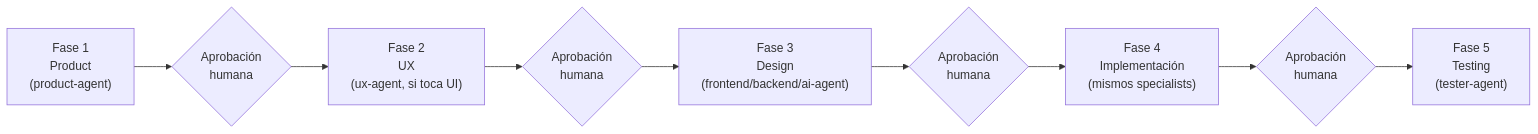
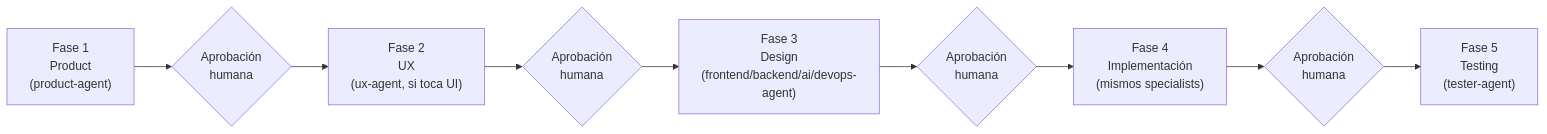
One commit to gucastillo-personal/renovarte-parent changed the sixth of 6 diagrams in docs/arquitectura-general.md. Above: the diagram before and after it, drawn with Mermaid. The commit also changed other lines of this file and 2 other files, not shown here.

````diff
--- a/docs/arquitectura-general.md
+++ b/docs/arquitectura-general.md
@@ -110,11 +161,11 @@
 ```mermaid
 flowchart LR
     P1["Fase 1<br/>Product<br/>(product-agent)"] --> G1{"Aprobación<br/>humana"}
     G1 --> P2["Fase 2<br/>UX<br/>(ux-agent, si toca UI)"]
     P2 --> G2{"Aprobación<br/>humana"}
-    G2 --> P3["Fase 3<br/>Design<br/>(frontend/backend/ai-agent)"]
+    G2 --> P3["Fase 3<br/>Design<br/>(frontend/backend/ai/devops-agent)"]
     P3 --> G3{"Aprobación<br/>humana"}
     G3 --> P4["Fase 4<br/>Implementación<br/>(mismos specialists)"]
     P4 --> G4{"Aprobación<br/>humana"}
     G4 --> P5["Fase 5<br/>Testing<br/>(tester-agent)"]
 ```
````
